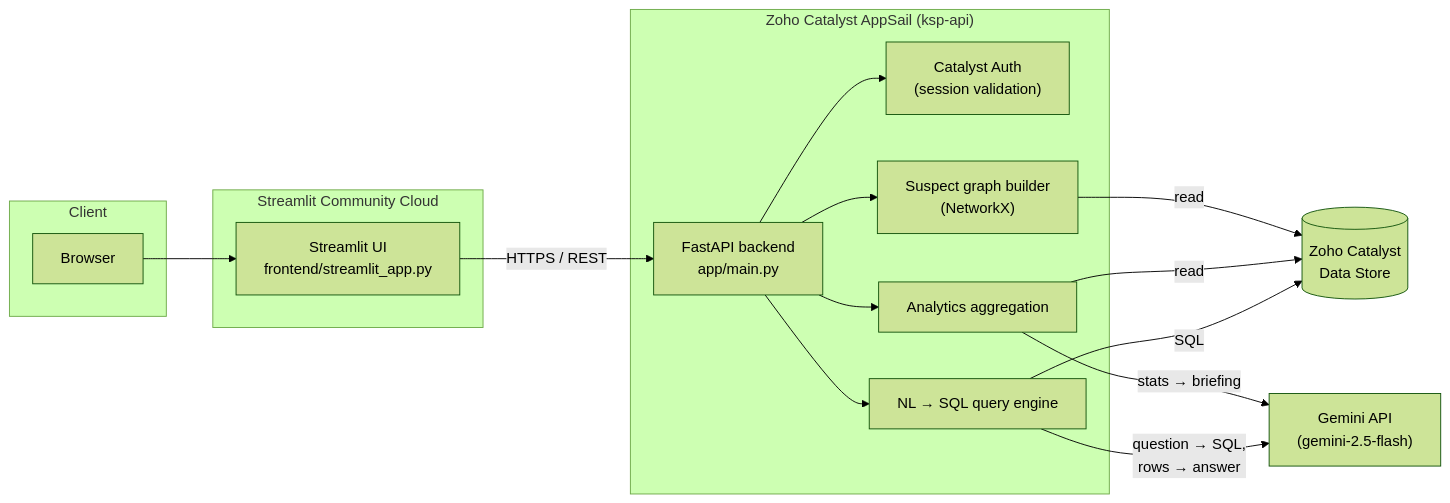
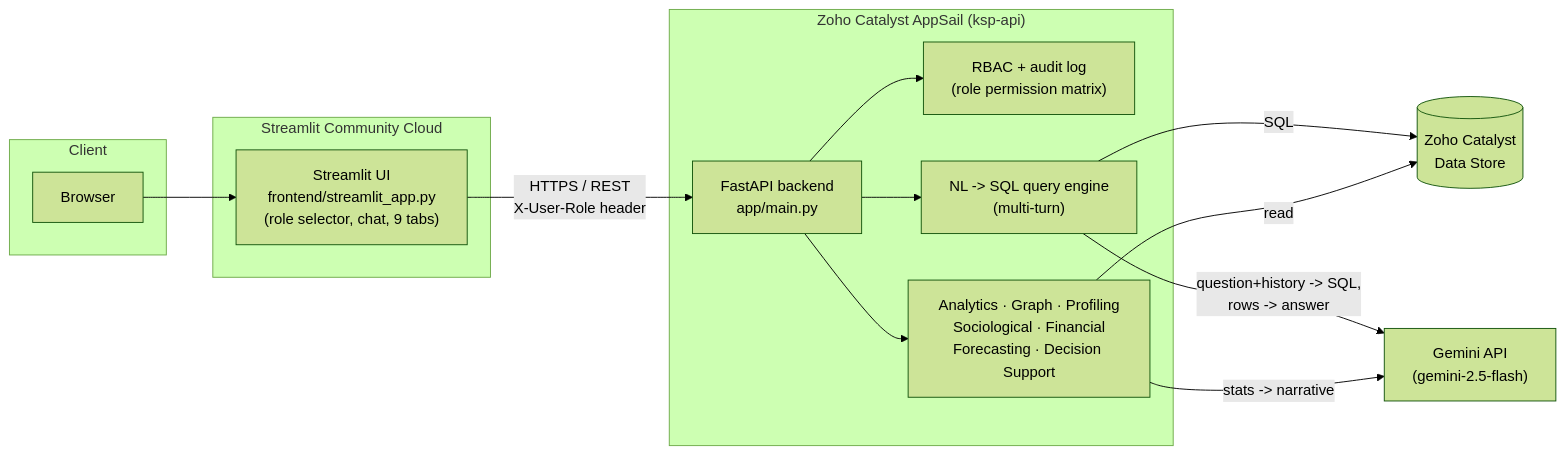
Before and after one commit to divya-d510/kaval-ai: the diagram in README.md, drawn with Mermaid (forest theme). The commit also changed other lines of this file and 27 other files, not shown here.

````diff
--- a/README.md
+++ b/README.md
@@ -24,33 +35,30 @@
 ```mermaid
 flowchart LR
     subgraph Client
         Browser["Browser"]
     end
 
     subgraph "Streamlit Community Cloud"
-        UI["Streamlit UI\nfrontend/streamlit_app.py"]
+        UI["Streamlit UI\nfrontend/streamlit_app.py\n(role selector, chat, 9 tabs)"]
     end
 
     subgraph "Zoho Catalyst AppSail (ksp-api)"
         API["FastAPI backend\napp/main.py"]
-        Auth["Catalyst Auth\n(session validation)"]
-        QE["NL → SQL query engine"]
-        AN["Analytics aggregation"]
-        GB["Suspect graph builder\n(NetworkX)"]
+        RBAC["RBAC + audit log\n(role permission matrix)"]
+        QE["NL -> SQL query engine\n(multi-turn)"]
+        Services["Analytics · Graph · Profiling\nSociological · Financial\nForecasting · Decision Support"]
     end
 
     DS[("Zoho Catalyst\nData Store")]
     LLM["Gemini API\n(gemini-2.5-flash)"]
 
     Browser --> UI
-    UI -- "HTTPS / REST" --> API
-    API --> Auth
+    UI -- "HTTPS / REST\nX-User-Role header" --> API
+    API --> RBAC
     API --> QE
-    API --> AN
-    API --> GB
+    API --> Services
     QE -- "SQL" --> DS
-    AN -- "read" --> DS
-    GB -- "read" --> DS
-    QE -- "question → SQL,\nrows → answer" --> LLM
-    AN -- "stats → briefing" --> LLM
+    Services -- "read" --> DS
+    QE -- "question+history -> SQL,\nrows -> answer" --> LLM
+    Services -- "stats -> narrative" --> LLM
 ```
````
